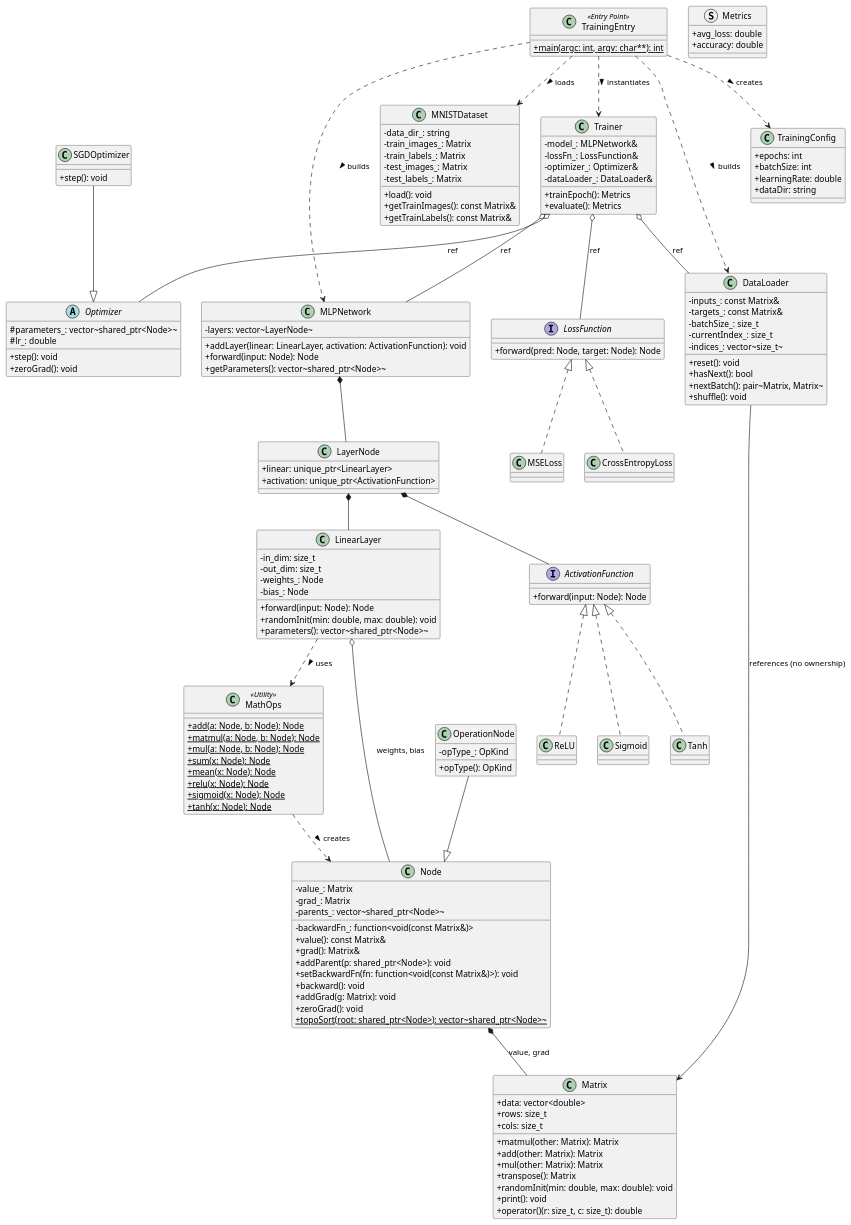
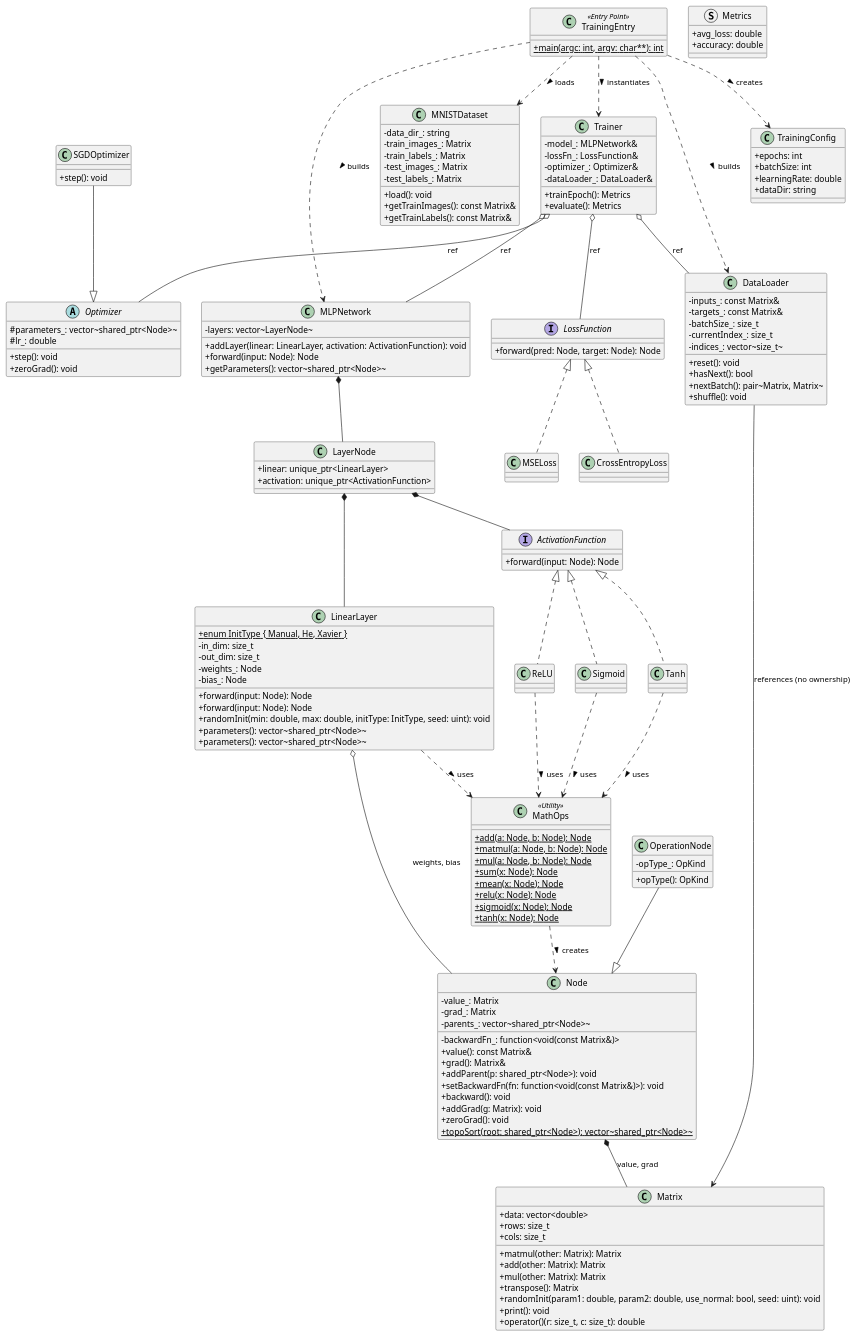
The diagram in Docs/conception_detaillee.puml (hibouwu/ppn-mnist-neural-network), drawn with PlantUML before and after one commit. The commit also changed 43 other files, not shown here.

```diff
--- a/Docs/conception_detaillee.puml
+++ b/Docs/conception_detaillee.puml
@@ -1,165 +1,171 @@
 @startuml
 skinparam classAttributeIconSize 0
 top to bottom direction
 
 class Matrix {
   +data: vector<double>
   +rows: size_t
   +cols: size_t
   +matmul(other: Matrix): Matrix
   +add(other: Matrix): Matrix
   +mul(other: Matrix): Matrix
   +transpose(): Matrix
-  +randomInit(min: double, max: double): void
+  +randomInit(param1: double, param2: double, use_normal: bool, seed: uint): void
   +print(): void
   +operator()(r: size_t, c: size_t): double
 }
 
 class Node {
   -value_: Matrix
   -grad_: Matrix
   -parents_: vector~shared_ptr<Node>~
   -backwardFn_: function<void(const Matrix&)>
   +value(): const Matrix&
   +grad(): Matrix&
   +addParent(p: shared_ptr<Node>): void
   +setBackwardFn(fn: function<void(const Matrix&)>): void
   +backward(): void
   +addGrad(g: Matrix): void
   +zeroGrad(): void
   {static} +topoSort(root: shared_ptr<Node>): vector~shared_ptr<Node>~
 }
 Node *-- Matrix : value, grad
 
 class OperationNode {
   -opType_: OpKind
   +opType(): OpKind
 }
 OperationNode --|> Node
 
 class MathOps <<Utility>> {
   {static} +add(a: Node, b: Node): Node
   {static} +matmul(a: Node, b: Node): Node
   {static} +mul(a: Node, b: Node): Node
   {static} +sum(x: Node): Node
   {static} +mean(x: Node): Node
   {static} +relu(x: Node): Node
   {static} +sigmoid(x: Node): Node
   {static} +tanh(x: Node): Node
 }
 MathOps ..> Node : creates >
 
 interface ActivationFunction {
   +forward(input: Node): Node
 }
 class ReLU
 class Sigmoid
 class Tanh
 ActivationFunction <|.. ReLU
 ActivationFunction <|.. Sigmoid
 ActivationFunction <|.. Tanh
+ReLU ..> MathOps : uses >
+Sigmoid ..> MathOps : uses >
+Tanh ..> MathOps : uses >
 
 class LinearLayer {
+  + {static} enum InitType { Manual, He, Xavier }
   -in_dim: size_t
   -out_dim: size_t
   -weights_: Node
   -bias_: Node
   +forward(input: Node): Node
-  +randomInit(min: double, max: double): void
+  +forward(input: Node): Node
+  +randomInit(min: double, max: double, initType: InitType, seed: uint): void
+  +parameters(): vector~shared_ptr<Node>~
   +parameters(): vector~shared_ptr<Node>~
 }
 LinearLayer o-- Node : weights, bias
 LinearLayer ..> MathOps : uses >
 
 class LayerNode {
   +linear: unique_ptr<LinearLayer>
   +activation: unique_ptr<ActivationFunction>
 }
 
 class MLPNetwork {
   -layers: vector~LayerNode~
   +addLayer(linear: LinearLayer, activation: ActivationFunction): void
   +forward(input: Node): Node
   +getParameters(): vector~shared_ptr<Node>~
 }
 MLPNetwork *-- LayerNode
 LayerNode *-- LinearLayer
 LayerNode *-- ActivationFunction
 
 interface LossFunction {
   +forward(pred: Node, target: Node): Node
 }
 class MSELoss
 class CrossEntropyLoss
 LossFunction <|.. MSELoss
 LossFunction <|.. CrossEntropyLoss
 
 abstract Optimizer {
   #parameters_: vector~shared_ptr<Node>~
   #lr_: double
   +step(): void
   +zeroGrad(): void
 }
 class SGDOptimizer {
   +step(): void
 }
 SGDOptimizer --|> Optimizer
 
 class MNISTDataset {
   -data_dir_: string
   -train_images_: Matrix
   -train_labels_: Matrix
   -test_images_: Matrix
   -test_labels_: Matrix
   +load(): void
   +getTrainImages(): const Matrix&
   +getTrainLabels(): const Matrix&
 }
 
 class DataLoader {
   -inputs_: const Matrix&
   -targets_: const Matrix&
   -batchSize_: size_t
   -currentIndex_: size_t
   -indices_: vector~size_t~
   +reset(): void
   +hasNext(): bool
   +nextBatch(): pair~Matrix, Matrix~
   +shuffle(): void
 }
 DataLoader --> Matrix : references (no ownership)
 
 struct Metrics {
   +avg_loss: double
   +accuracy: double
 }
 
 class Trainer {
   -model_: MLPNetwork&
   -lossFn_: LossFunction&
   -optimizer_: Optimizer&
   -dataLoader_: DataLoader&
   +trainEpoch(): Metrics
   +evaluate(): Metrics
 }
 Trainer o-- MLPNetwork : ref
 Trainer o-- LossFunction : ref
 Trainer o-- Optimizer : ref
 Trainer o-- DataLoader : ref
 
 class TrainingConfig {
   +epochs: int
   +batchSize: int
   +learningRate: double
   +dataDir: string
 }
 
 class TrainingEntry <<Entry Point>> {
   + {static} main(argc: int, argv: char**): int
 }
 TrainingEntry ..> Trainer : instantiates >
 TrainingEntry ..> TrainingConfig : creates >
 TrainingEntry ..> MNISTDataset : loads >
 TrainingEntry ..> MLPNetwork : builds >
 TrainingEntry ..> DataLoader : builds >
 @enduml
```
